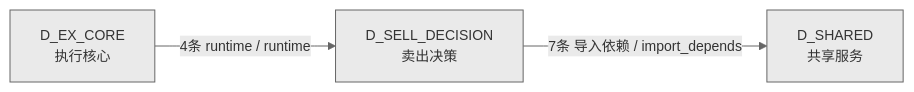
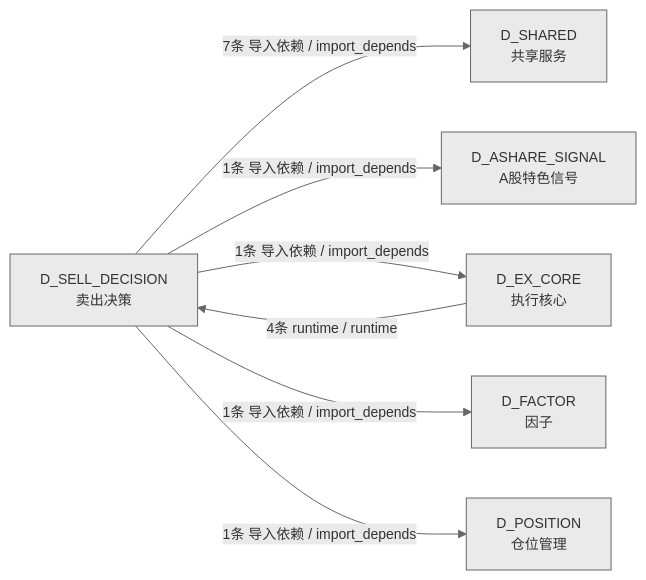
One commit to xuanFelixVan/ZephyrAlpha changed the fourth of 4 diagrams in docs/02_enterprise_architecture/02_domain_architecture_docs/67_d_sell_decision.md. Above: the diagram before and after it, drawn with Mermaid. The commit also changed other lines of this file and 69 other files, not shown here.

````diff
--- a/docs/02_enterprise_architecture/02_domain_architecture_docs/67_d_sell_decision.md
+++ b/docs/02_enterprise_architecture/02_domain_architecture_docs/67_d_sell_decision.md
@@ -255,9 +266,16 @@
 ```mermaid
 %%{init: {'theme': 'base', 'themeVariables': {'primaryColor': '#eaeaea', 'primaryTextColor': '#333333', 'primaryBorderColor': '#666666', 'lineColor': '#666666', 'secondaryColor': '#eaeaea', 'tertiaryColor': '#eaeaea', 'fontSize': '14px'}}}%%
 graph LR
     D_SELL_DECISION["D_SELL_DECISION<br/>卖出决策"]
     D_SHARED["D_SHARED<br/>共享服务"]
+    D_ASHARE_SIGNAL["D_ASHARE_SIGNAL<br/>A股特色信号"]
     D_EX_CORE["D_EX_CORE<br/>执行核心"]
+    D_FACTOR["D_FACTOR<br/>因子"]
+    D_POSITION["D_POSITION<br/>仓位管理"]
     D_SELL_DECISION -->|7条 导入依赖 / import_depends| D_SHARED
+    D_SELL_DECISION -->|1条 导入依赖 / import_depends| D_ASHARE_SIGNAL
+    D_SELL_DECISION -->|1条 导入依赖 / import_depends| D_EX_CORE
+    D_SELL_DECISION -->|1条 导入依赖 / import_depends| D_FACTOR
+    D_SELL_DECISION -->|1条 导入依赖 / import_depends| D_POSITION
     D_EX_CORE -->|4条 runtime / runtime| D_SELL_DECISION
 ```
````
